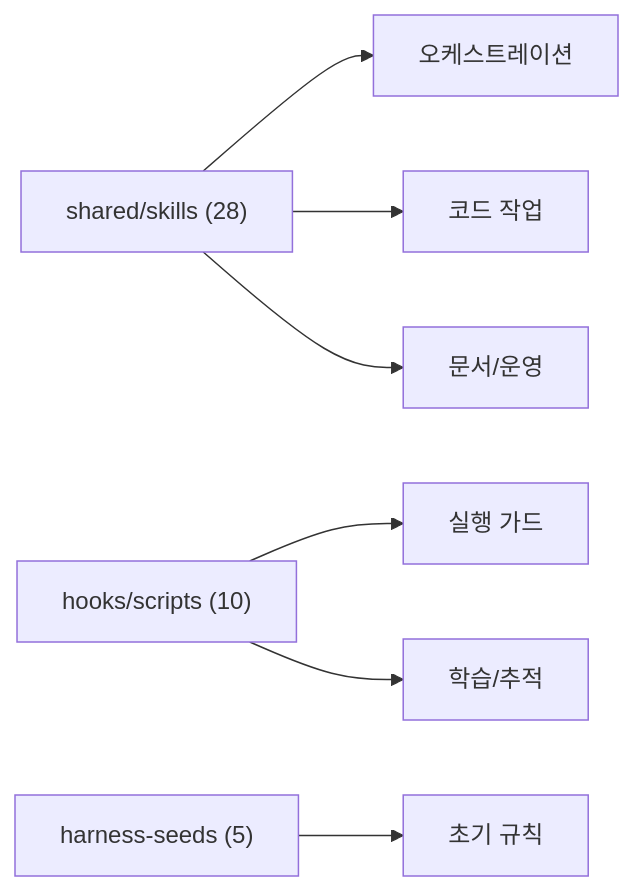
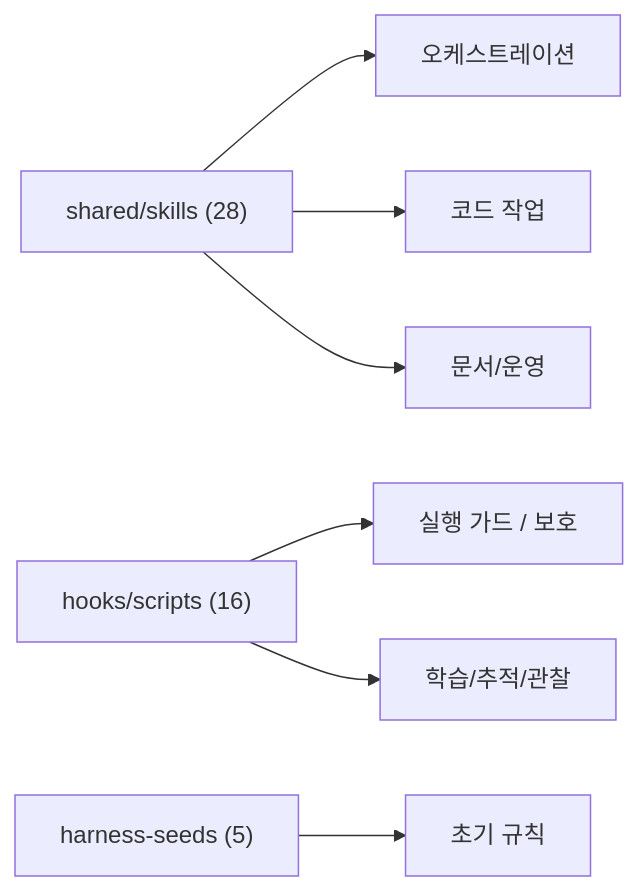
One commit to Jimmy-Jung/ai-symbiote changed the second of 2 diagrams in docs/02-아키텍처.md. Above: the diagram before and after it, drawn with Mermaid. The commit also changed other lines of this file and 2 other files, not shown here.

````diff
--- a/docs/02-아키텍처.md
+++ b/docs/02-아키텍처.md
@@ -27,9 +27,9 @@
 ```mermaid
 flowchart LR
     A["shared/skills (28)"] --> B["오케스트레이션"]
     A --> C["코드 작업"]
     A --> D["문서/운영"]
-    E["hooks/scripts (10)"] --> F["실행 가드"]
-    E --> G["학습/추적"]
+    E["hooks/scripts (16)"] --> F["실행 가드 / 보호"]
+    E --> G["학습/추적/관찰"]
     H["harness-seeds (5)"] --> I["초기 규칙"]
 ```
````
